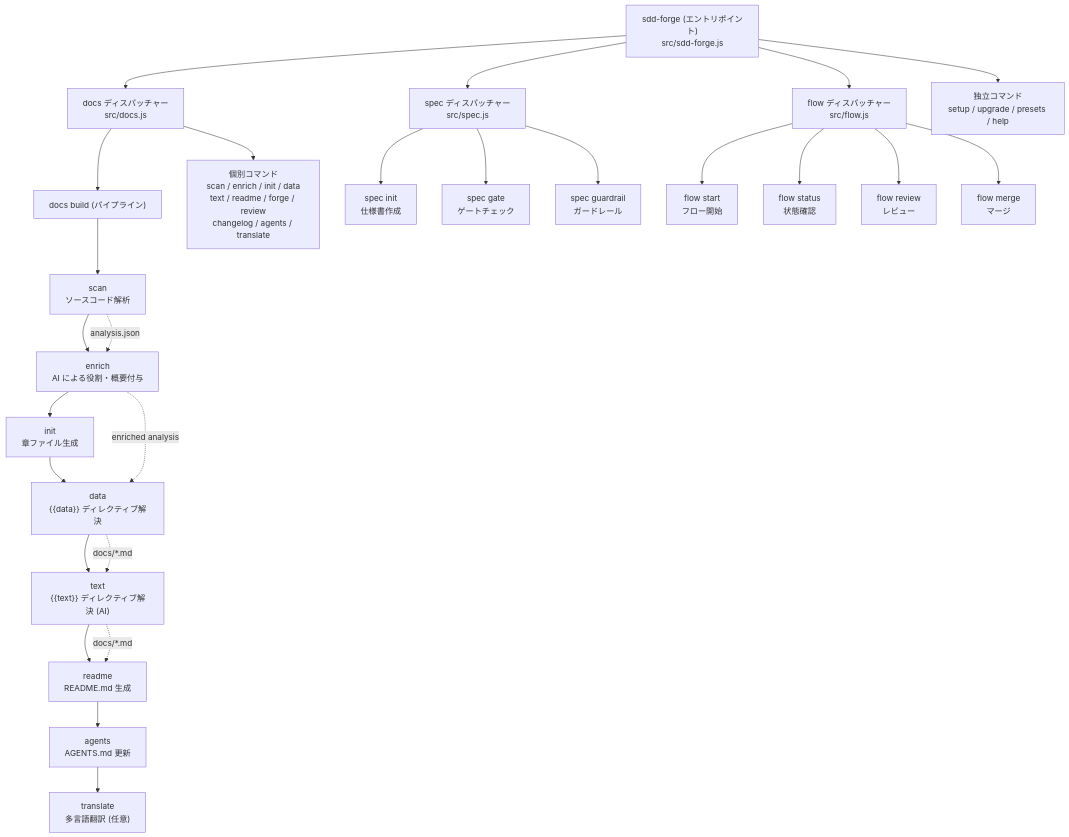
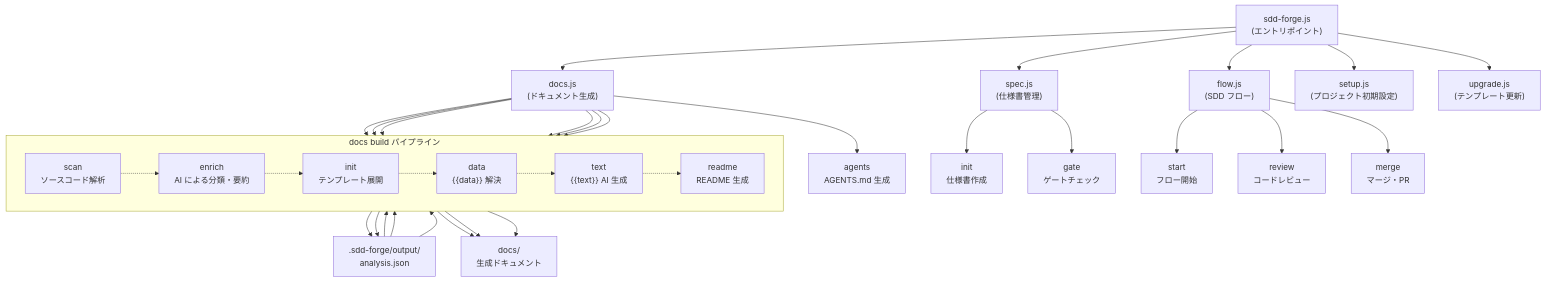
The diagram in docs/ja/overview.md (SpreadWorks/sdd-forge), drawn with Mermaid before and after one commit. The commit also changed other lines of this file and 19 other files, not shown here.

````diff
--- a/docs/ja/overview.md
+++ b/docs/ja/overview.md
@@ -29,35 +31,40 @@
 ```mermaid
 flowchart TB
-    CLI["sdd-forge (エントリポイント)<br>src/sdd-forge.js"]
+    CLI["sdd-forge.js<br>(エントリポイント)"]
 
-    CLI --> docs["docs ディスパッチャー<br>src/docs.js"]
-    CLI --> spec["spec ディスパッチャー<br>src/spec.js"]
-    CLI --> flow["flow ディスパッチャー<br>src/flow.js"]
-    CLI --> direct["独立コマンド<br>setup / upgrade / presets / help"]
+    CLI --> docs["docs.js<br>(ドキュメント生成)"]
+    CLI --> spec["spec.js<br>(仕様書管理)"]
+    CLI --> flow["flow.js<br>(SDD フロー)"]
+    CLI --> setup["setup.js<br>(プロジェクト初期設定)"]
+    CLI --> upgrade["upgrade.js<br>(テンプレート更新)"]
 
-    docs --> build["docs build (パイプライン)"]
-    docs --> individual["個別コマンド<br>scan / enrich / init / data<br>text / readme / forge / review<br>changelog / agents / translate"]
+    docs --> scan["scan<br>ソースコード解析"]
+    docs --> enrich["enrich<br>AI による分類・要約"]
+    docs --> init["init<br>テンプレート展開"]
+    docs --> data["data<br>{{data}} 解決"]
+    docs --> text["text<br>{{text}} AI 生成"]
+    docs --> readme["readme<br>README 生成"]
+    docs --> agents["agents<br>AGENTS.md 生成"]
 
-    build --> scan["scan<br>ソースコード解析"]
-    scan --> enrich["enrich<br>AI による役割・概要付与"]
-    enrich --> init["init<br>章ファイル生成"]
-    init --> data["data<br>{{data}} ディレクティブ解決"]
-    data --> text["text<br>{{text}} ディレクティブ解決 (AI)"]
-    text --> readme["readme<br>README.md 生成"]
-    readme --> agents["agents<br>AGENTS.md 更新"]
-    agents --> translate["translate<br>多言語翻訳 (任意)"]
+    spec --> specInit["init<br>仕様書作成"]
+    spec --> gate["gate<br>ゲートチェック"]
 
-    spec --> spec_init["spec init<br>仕様書作成"]
-    spec --> spec_gate["spec gate<br>ゲートチェック"]
-    spec --> spec_guard["spec guardrail<br>ガードレール"]
+    flow --> start["start<br>フロー開始"]
+    flow --> review["review<br>コードレビュー"]
+    flow --> merge["merge<br>マージ・PR"]
 
-    flow --> flow_start["flow start<br>フロー開始"]
-    flow --> flow_status["flow status<br>状態確認"]
-    flow --> flow_review["flow review<br>レビュー"]
-    flow --> flow_merge["flow merge<br>マージ"]
+    scan --> analysisJson[".sdd-forge/output/<br>analysis.json"]
+    analysisJson --> enrich
+    enrich --> analysisJson
+    analysisJson --> data
+    analysisJson --> text
 
-    scan -.->|analysis.json| enrich
-    enrich -.->|enriched analysis| data
-    data -.->|docs/*.md| text
-    text -.->|docs/*.md| readme
+    subgraph pipeline ["docs build パイプライン"]
+        direction LR
+        scan -.-> enrich -.-> init -.-> data -.-> text -.-> readme
+    end
+
+    init --> docsDir["docs/<br>生成ドキュメント"]
+    data --> docsDir
+    text --> docsDir
 ```
````
